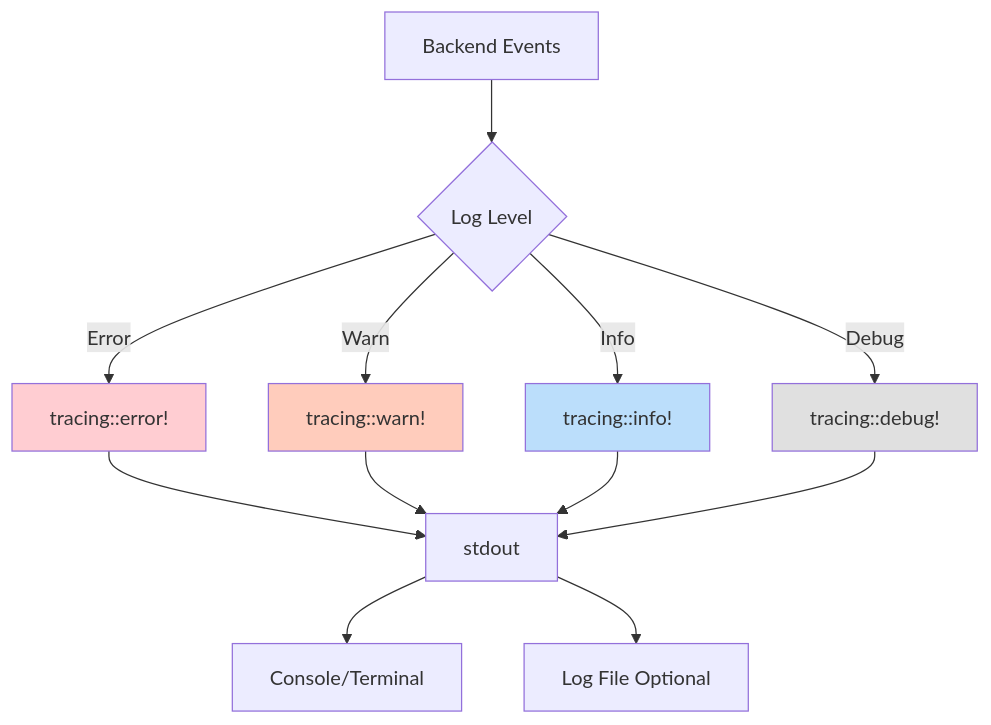
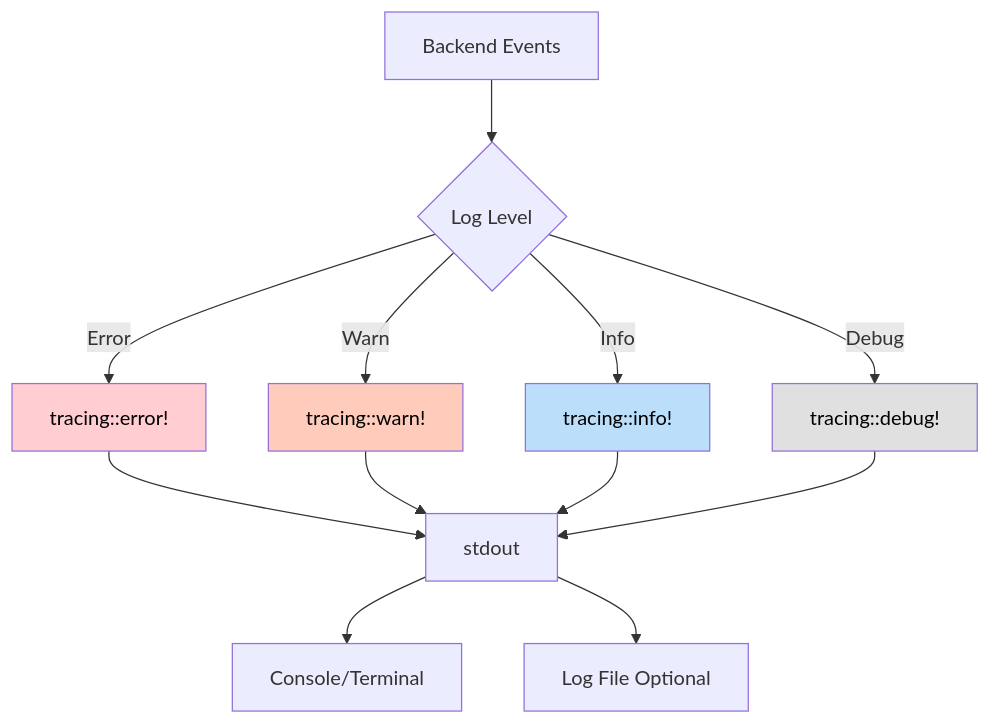
One commit to sw-game-dev/game-mcp-poc changed the fifth of 5 diagrams in wiki/Backend-Architecture.md. Above: the diagram before and after it, drawn with Mermaid. The commit also changed other lines of this file and 4 other files, not shown here.

First line of the commit message:
fix: Improve mermaid diagram text contrast

````diff
--- a/wiki/Backend-Architecture.md
+++ b/wiki/Backend-Architecture.md
@@ -489,21 +489,21 @@
 ```mermaid
 graph TB
     A[Backend Events] --> B{Log Level}
     B -->|Error| C[tracing::error!]
     B -->|Warn| D[tracing::warn!]
     B -->|Info| E[tracing::info!]
     B -->|Debug| F[tracing::debug!]
 
     C --> G[stdout]
     D --> G
     E --> G
     F --> G
 
     G --> H[Console/Terminal]
     G --> I[Log File Optional]
 
-    style C fill:#ffcdd2
-    style D fill:#ffccbc
-    style E fill:#bbdefb
-    style F fill:#e0e0e0
+    style C fill:#ffcdd2,color:#000
+    style D fill:#ffccbc,color:#000
+    style E fill:#bbdefb,color:#000
+    style F fill:#e0e0e0,color:#000
 ```
````
